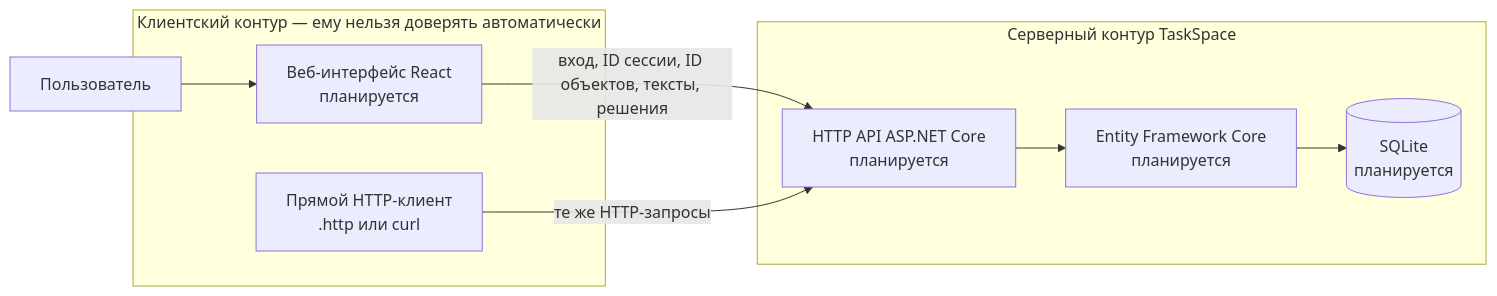
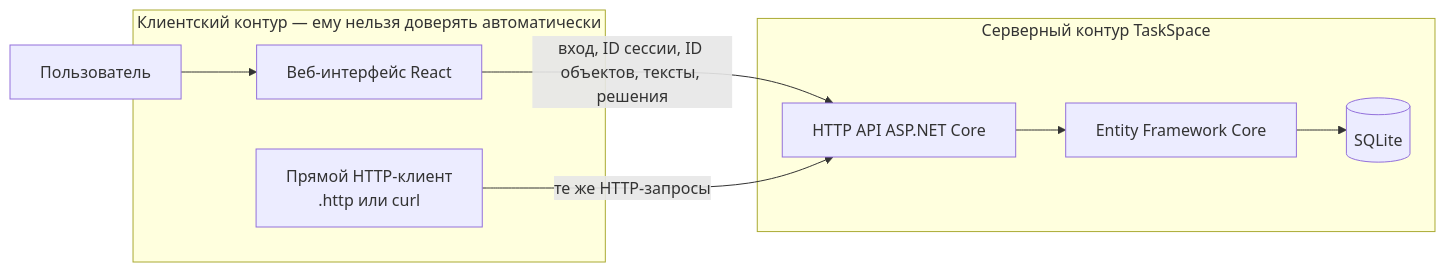
The diagram in threat-model.md (cherry-pick-me/TaskSpace), drawn with Mermaid before and after one commit.

````diff
--- a/threat-model.md
+++ b/threat-model.md
@@ -7,21 +7,21 @@
 ```mermaid
 flowchart LR
     User["Пользователь"]
 
     subgraph Client["Клиентский контур — ему нельзя доверять автоматически"]
-        UI["Веб-интерфейс React<br/>планируется"]
+        UI["Веб-интерфейс React<br/>"]
         Direct["Прямой HTTP-клиент<br/>.http или curl"]
     end
 
     subgraph Server["Серверный контур TaskSpace"]
-        API["HTTP API ASP.NET Core<br/>планируется"]
-        EF["Entity Framework Core<br/>планируется"]
-        DB[("SQLite<br/>планируется")]
+        API["HTTP API ASP.NET Core<br/>"]
+        EF["Entity Framework Core<br/>"]
+        DB[("SQLite<br/>")]
     end
 
     User --> UI
     UI -->|"вход, ID сессии, ID объектов, тексты, решения"| API
     Direct -->|"те же HTTP-запросы"| API
     API --> EF
     EF --> DB
 ```
````
